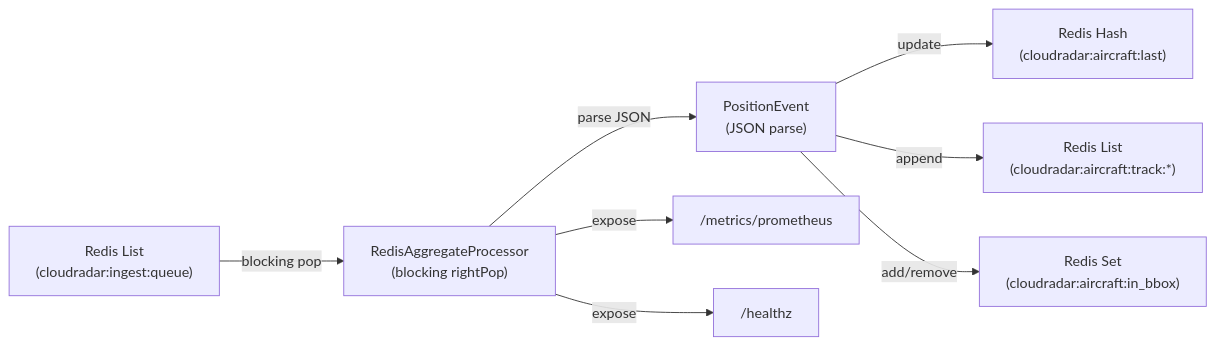
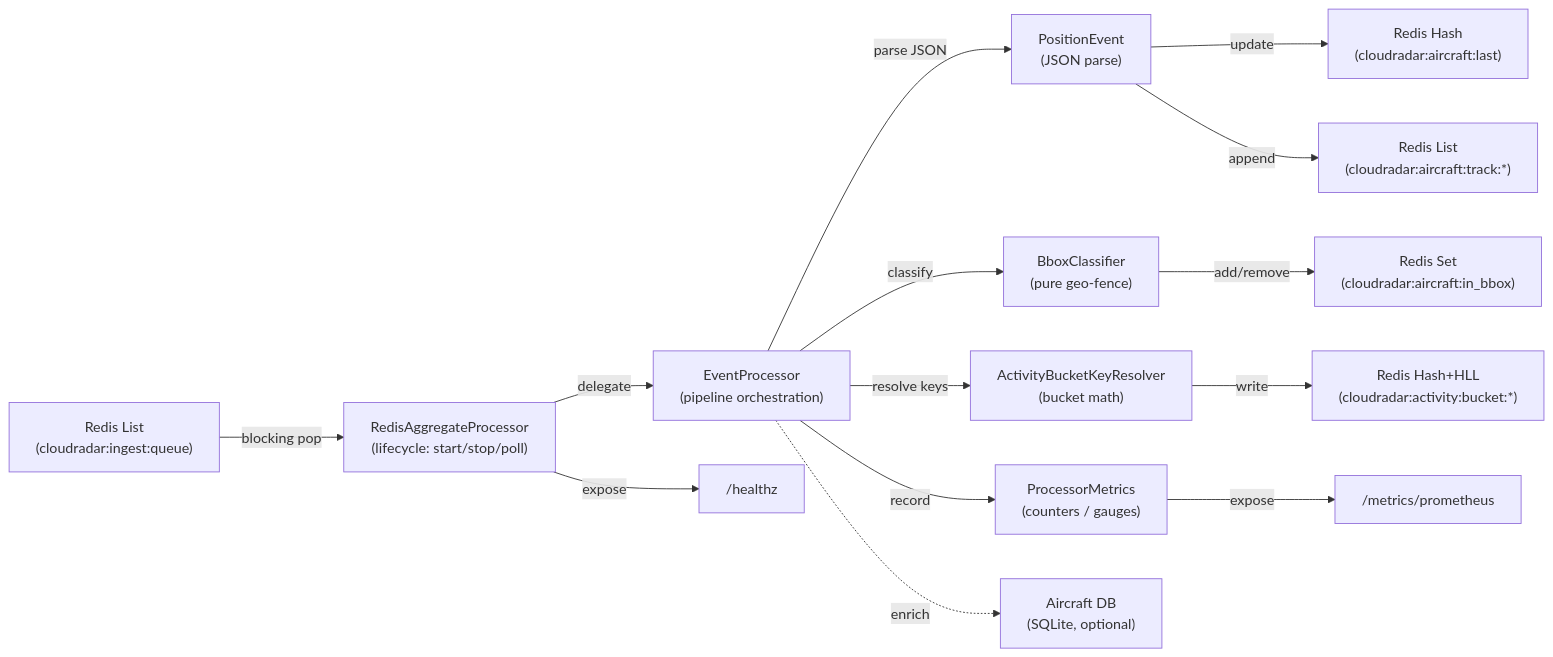
The third of 8 diagrams in docs/architecture/application-architecture.md (ClementV78/CloudRadar), drawn with Mermaid before and after one commit. The commit also changed other lines of this file and 14 other files, not shown here.

First line of the commit message:
refactor(processor): extract pipeline collaborators

````diff
--- a/docs/architecture/application-architecture.md
+++ b/docs/architecture/application-architecture.md
@@ -185,17 +185,29 @@
 ```mermaid
 flowchart LR
     Queue["Redis List<br/>(cloudradar:ingest:queue)"]
-    Processor["RedisAggregateProcessor<br/>(blocking rightPop)"]
+    RAP["RedisAggregateProcessor<br/>(lifecycle: start/stop/poll)"]
+    EP["EventProcessor<br/>(pipeline orchestration)"]
     Parse["PositionEvent<br/>(JSON parse)"]
+    BBox["BboxClassifier<br/>(pure geo-fence)"]
+    Bucket["ActivityBucketKeyResolver<br/>(bucket math)"]
+    Metrics["ProcessorMetrics<br/>(counters / gauges)"]
     Last["Redis Hash<br/>(cloudradar:aircraft:last)"]
     Track["Redis List<br/>(cloudradar:aircraft:track:*)"]
-    Bbox["Redis Set<br/>(cloudradar:aircraft:in_bbox)"]
+    BboxSet["Redis Set<br/>(cloudradar:aircraft:in_bbox)"]
+    Activity["Redis Hash+HLL<br/>(cloudradar:activity:bucket:*)"]
+    AircraftDB["Aircraft DB<br/>(SQLite, optional)"]
     
-    Queue -->|blocking pop| Processor
-    Processor -->|parse JSON| Parse
+    Queue -->|blocking pop| RAP
+    RAP -->|delegate| EP
+    EP -->|parse JSON| Parse
+    EP -->|classify| BBox
+    EP -->|resolve keys| Bucket
+    EP -->|record| Metrics
+    EP -.->|enrich| AircraftDB
     Parse -->|update| Last
     Parse -->|append| Track
-    Parse -->|add/remove| Bbox
-    Processor -->|expose| Metrics["/metrics/prometheus"]
-    Processor -->|expose| Health["/healthz"]
+    BBox -->|add/remove| BboxSet
+    Bucket -->|write| Activity
+    Metrics -->|expose| PromEndpoint["/metrics/prometheus"]
+    RAP -->|expose| Health["/healthz"]
 ```
````
